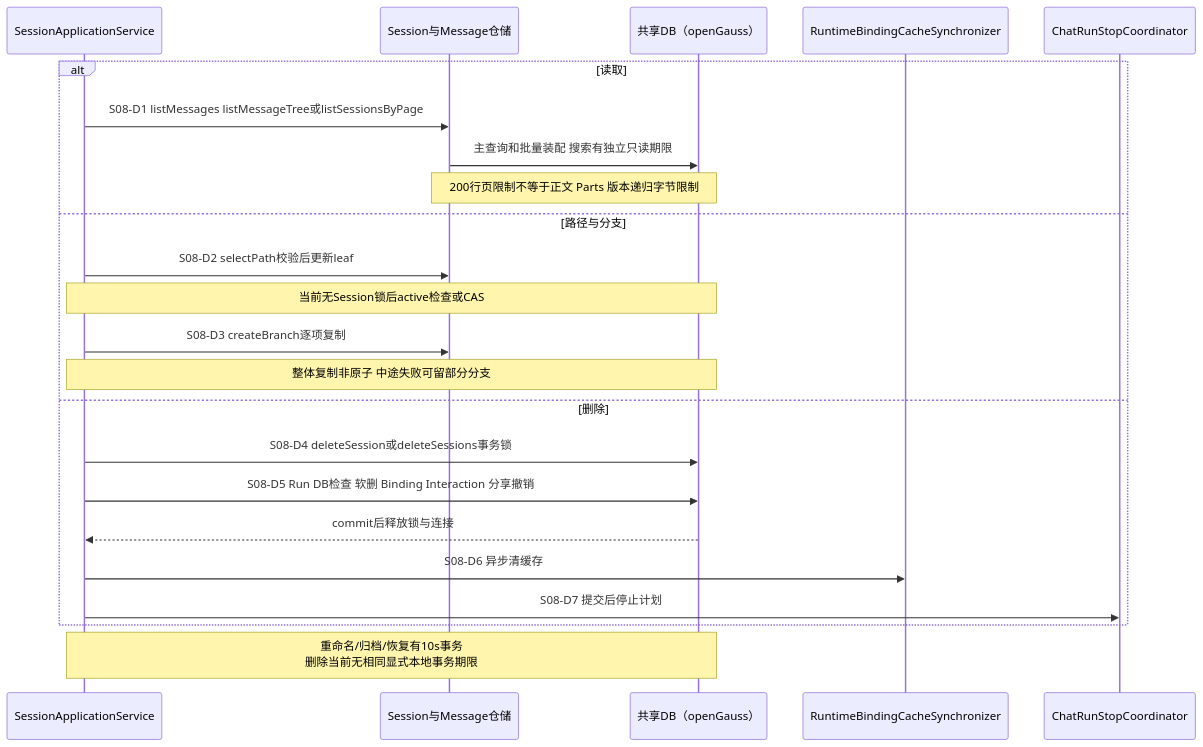
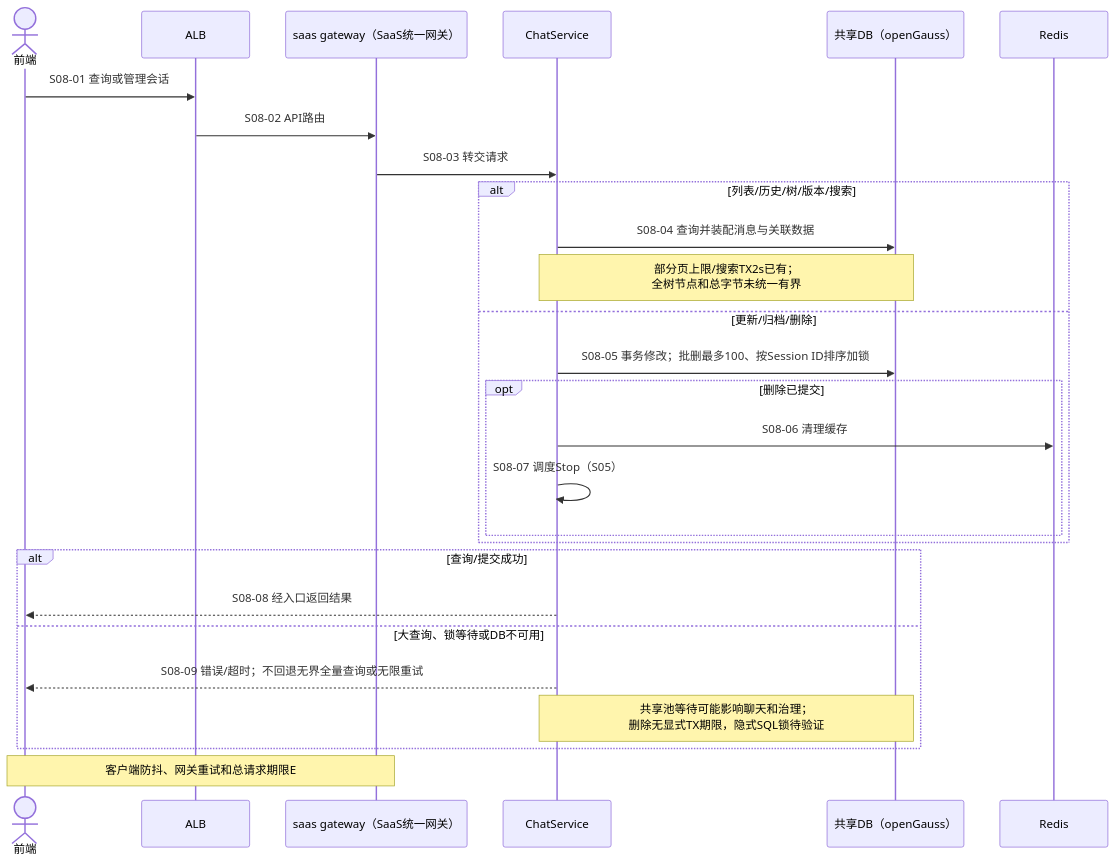
Before and after one commit to kunben-duck/exweb: the eighth of 12 diagrams in docs/architecture/high-availability/scenarios.md, drawn with Mermaid. The commit also changed other lines of this file and 8 other files, not shown here.

````diff
--- a/docs/architecture/high-availability/scenarios.md
+++ b/docs/architecture/high-availability/scenarios.md
@@ -779,25 +389,29 @@
 ```mermaid
 sequenceDiagram
-    participant S as SessionApplicationService
-    participant REPO as Session与Message仓储
+actor WEB as 前端
+    participant ALB
+    participant GW as saas gateway（SaaS统一网关）
+    participant CHAT as ChatService
     participant DB as 共享DB（openGauss）
-    participant CACHE as RuntimeBindingCacheSynchronizer
-    participant STOP as ChatRunStopCoordinator
-    alt 读取
-        S->>REPO: S08-D1 listMessages listMessageTree或listSessionsByPage
-        REPO->>DB: 主查询和批量装配 搜索有独立只读期限
-        Note over REPO,DB: 200行页限制不等于正文 Parts 版本递归字节限制
-    else 路径与分支
-        S->>REPO: S08-D2 selectPath校验后更新leaf
-        Note over S,DB: 当前无Session锁后active检查或CAS
-        S->>REPO: S08-D3 createBranch逐项复制
-        Note over S,DB: 整体复制非原子 中途失败可留部分分支
-    else 删除
-        S->>DB: S08-D4 deleteSession或deleteSessions事务锁
-        S->>DB: S08-D5 Run DB检查 软删 Binding Interaction 分享撤销
-        DB-->>S: commit后释放锁与连接
-        S->>CACHE: S08-D6 异步清缓存
-        S->>STOP: S08-D7 提交后停止计划
+    participant REDIS as Redis
+    WEB->>ALB: S08-01 查询或管理会话
+    ALB->>GW: S08-02 API路由
+    GW->>CHAT: S08-03 转交请求
+    alt 列表/历史/树/版本/搜索
+        CHAT->>DB: S08-04 查询并装配消息与关联数据
+        Note over CHAT,DB: 部分页上限/搜索TX2s已有；<br/>全树节点和总字节未统一有界
+    else 更新/归档/删除
+        CHAT->>DB: S08-05 事务修改；批删最多100、按Session ID排序加锁
+        opt 删除已提交
+            CHAT->>REDIS: S08-06 清理缓存
+            CHAT->>CHAT: S08-07 调度Stop（S05）
+        end
     end
-    Note over S,DB: 重命名/归档/恢复有10s事务<br/>删除当前无相同显式本地事务期限
+    alt 查询/提交成功
+        CHAT-->>WEB: S08-08 经入口返回结果
+    else 大查询、锁等待或DB不可用
+        CHAT-->>WEB: S08-09 错误/超时；不回退无界全量查询或无限重试
+        Note over CHAT,DB: 共享池等待可能影响聊天和治理；<br/>删除无显式TX期限，隐式SQL锁待验证
+    end
+    Note over WEB,GW: 客户端防抖、网关重试和总请求期限E
 ```
````
